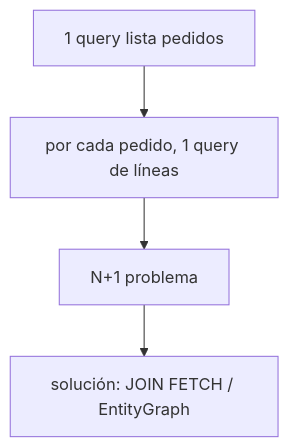
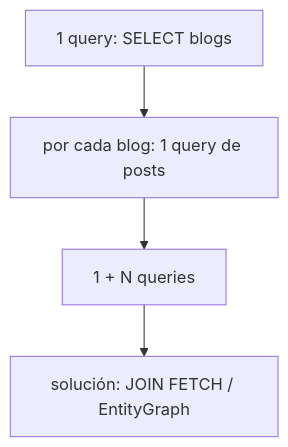
Before and after one commit to obiticadev/DAM-2025-26: the fifth of 5 diagrams in Programación/Aprendizaje autodidacta/11_APIRESTMasterclass/teoria/13_Relaciones_JPA.md, drawn with Mermaid. The commit also changed other lines of this file and 51 other files, not shown here.

````diff
--- a/Programación/Aprendizaje autodidacta/11_APIRESTMasterclass/teoria/13_Relaciones_JPA.md
+++ b/Programación/Aprendizaje autodidacta/11_APIRESTMasterclass/teoria/13_Relaciones_JPA.md
@@ -37,6 +285,6 @@
 ```mermaid
 flowchart TD
-    Q[1 query lista pedidos] --> N[por cada pedido, 1 query de líneas]
-    N --> P[N+1 problema]
-    P --> S[solución: JOIN FETCH / EntityGraph]
+    Q["1 query: SELECT blogs"] --> N["por cada blog: 1 query de posts"]
+    N --> P["1 + N queries"]
+    P --> S["solución: JOIN FETCH / EntityGraph"]
 ```
````
